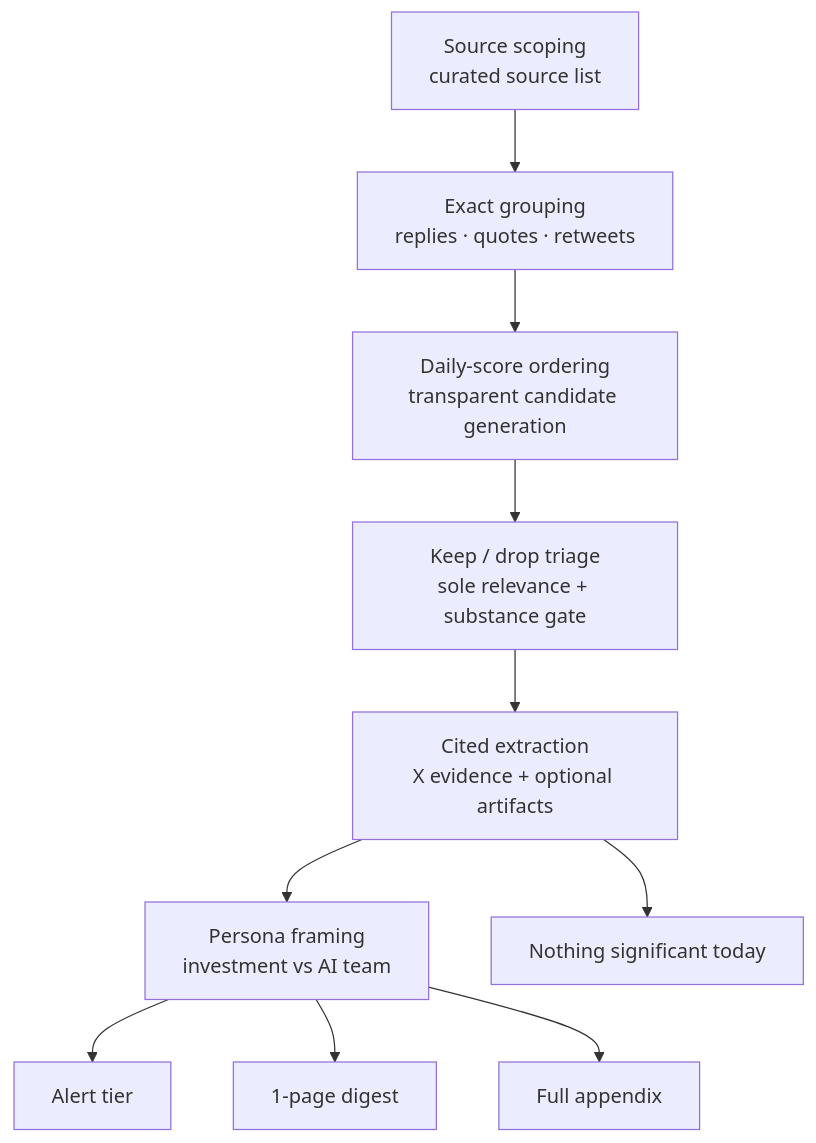
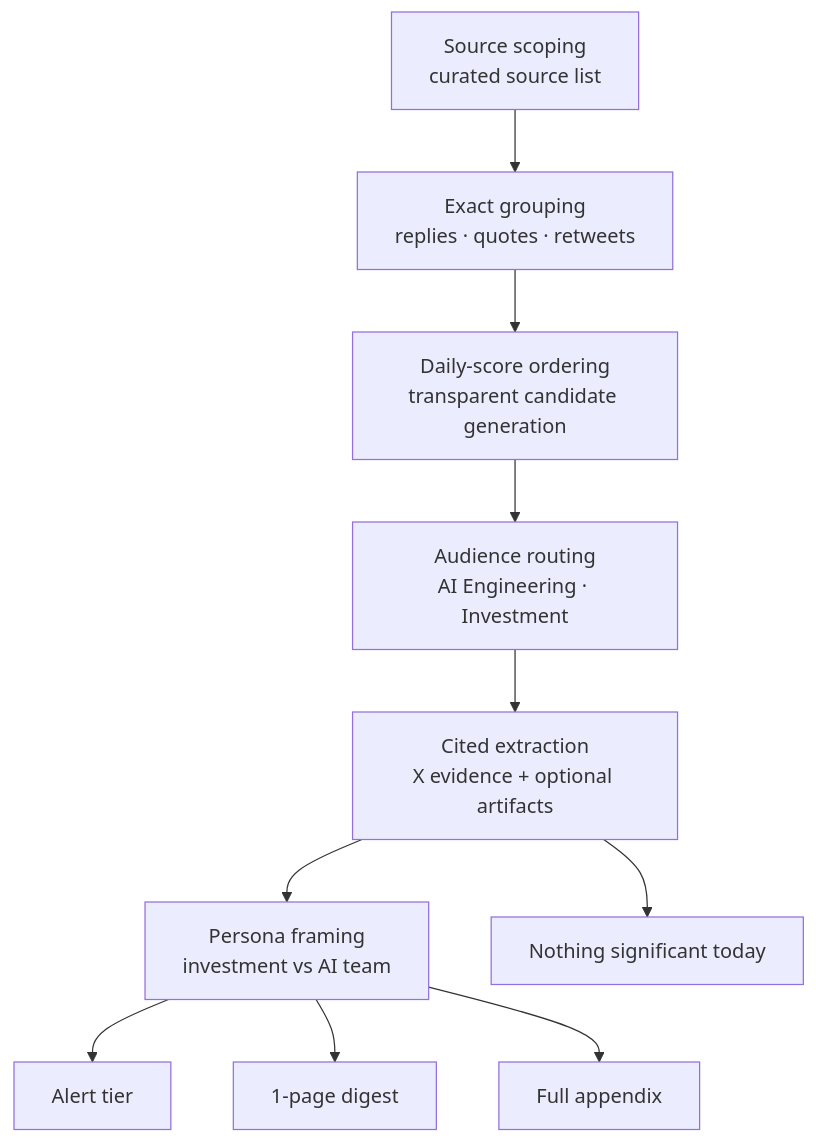
The second of 5 diagrams in docs/architecture/overview.md (AdithyanI/frontier-lab-intelligence), drawn with Mermaid before and after one commit. The commit also changed other lines of this file and 25 other files, not shown here.

````diff
--- a/docs/architecture/overview.md
+++ b/docs/architecture/overview.md
@@ -514,17 +485,17 @@
 ```mermaid
 flowchart TD
     S0[Source scoping<br/>curated source list]
     S1[Exact grouping<br/>replies · quotes · retweets]
     S2[Daily-score ordering<br/>transparent candidate generation]
-    S3[Keep / drop triage<br/>sole relevance + substance gate]
+    S3[Audience routing<br/>AI Engineering · Investment]
     S4[Cited extraction<br/>X evidence + optional artifacts]
     S5[Persona framing<br/>investment vs AI team]
     OUT1[Alert tier]
     OUT2[1-page digest]
     OUT3[Full appendix]
     NONE[Nothing significant today]
 
     S0 --> S1 --> S2 --> S3 --> S4 --> S5
     S5 --> OUT1 & OUT2 & OUT3
     S4 --> NONE
 ```
````
